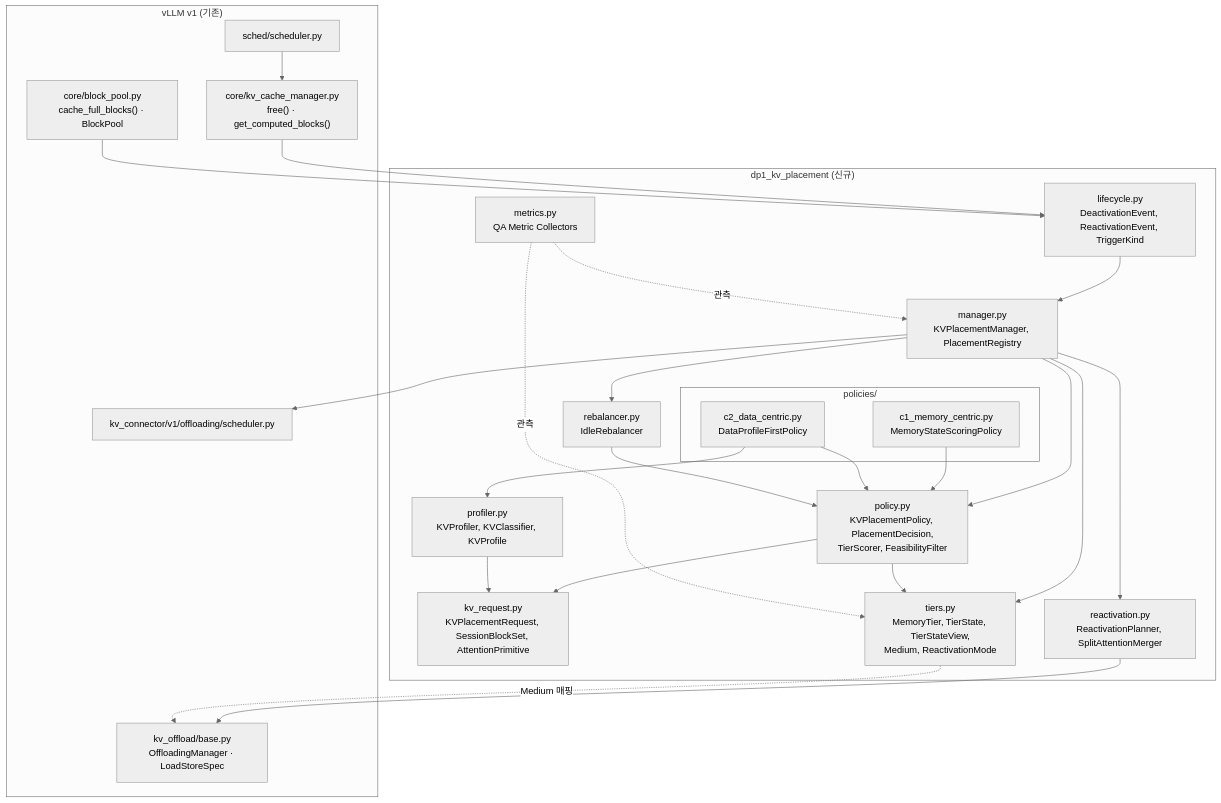
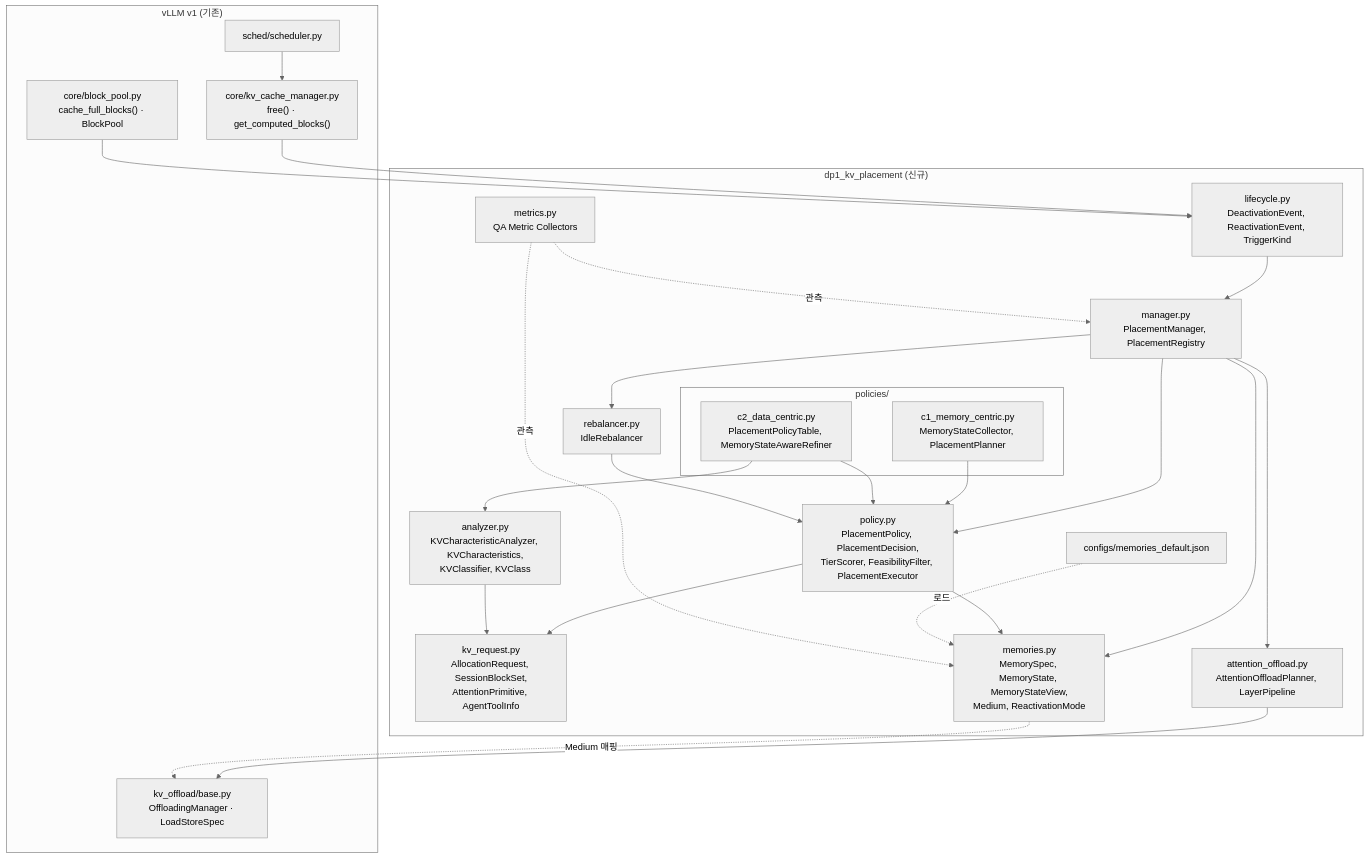
The first of 9 diagrams in doc-architect/dp1-implementation-uml.md (mkim0628/vllm), drawn with Mermaid (neutral theme) before and after one commit. The commit also changed other lines of this file and 2 other files, not shown here.

First line of the commit message:
docs(dp1): fix the memory set, split attention from FFN, name the KV attributes

````diff
--- a/doc-architect/dp1-implementation-uml.md
+++ b/doc-architect/dp1-implementation-uml.md
@@ -22,47 +23,47 @@
 ```mermaid
 graph TB
     subgraph vllm_v1["vLLM v1 (기존)"]
         sched["sched/scheduler.py"]
         kvm["core/kv_cache_manager.py<br/>free() · get_computed_blocks()"]
         bp["core/block_pool.py<br/>cache_full_blocks() · BlockPool"]
-        offsched["kv_connector/v1/offloading/scheduler.py"]
         offbase["kv_offload/base.py<br/>OffloadingManager · LoadStoreSpec"]
     end
 
     subgraph dp1["dp1_kv_placement (신규)"]
         lifecycle["lifecycle.py<br/>DeactivationEvent, ReactivationEvent, TriggerKind"]
-        request["kv_request.py<br/>KVPlacementRequest, SessionBlockSet, AttentionPrimitive"]
-        tiers["tiers.py<br/>MemoryTier, TierState, TierStateView,<br/>Medium, ReactivationMode"]
-        policy["policy.py<br/>KVPlacementPolicy, PlacementDecision,<br/>TierScorer, FeasibilityFilter"]
-        profiler["profiler.py<br/>KVProfiler, KVClassifier, KVProfile"]
-        reactivation["reactivation.py<br/>ReactivationPlanner, SplitAttentionMerger"]
+        request["kv_request.py<br/>AllocationRequest, SessionBlockSet,<br/>AttentionPrimitive, AgentToolInfo"]
+        memories["memories.py<br/>MemorySpec, MemoryState, MemoryStateView,<br/>Medium, ReactivationMode"]
+        policy["policy.py<br/>PlacementPolicy, PlacementDecision,<br/>TierScorer, FeasibilityFilter, PlacementExecutor"]
+        analyzer["analyzer.py<br/>KVCharacteristicAnalyzer, KVCharacteristics,<br/>KVClassifier, KVClass"]
+        offload["attention_offload.py<br/>AttentionOffloadPlanner, LayerPipeline"]
         rebalancer["rebalancer.py<br/>IdleRebalancer"]
-        manager["manager.py<br/>KVPlacementManager, PlacementRegistry"]
+        manager["manager.py<br/>PlacementManager, PlacementRegistry"]
         metrics["metrics.py<br/>QA Metric Collectors"]
+        configs["configs/memories_default.json"]
         subgraph policies["policies/"]
-            c1["c1_memory_centric.py<br/>MemoryStateScoringPolicy"]
-            c2["c2_data_centric.py<br/>DataProfileFirstPolicy"]
+            c1["c1_memory_centric.py<br/>MemoryStateCollector, PlacementPlanner"]
+            c2["c2_data_centric.py<br/>PlacementPolicyTable, MemoryStateAwareRefiner"]
         end
     end
 
     sched --> kvm
     kvm --> lifecycle
     bp --> lifecycle
     lifecycle --> manager
     manager --> policy
-    manager --> tiers
-    manager --> reactivation
+    manager --> memories
+    manager --> offload
     manager --> rebalancer
     policy --> request
-    policy --> tiers
+    policy --> memories
     c1 --> policy
     c2 --> policy
-    c2 --> profiler
-    profiler --> request
+    c2 --> analyzer
+    analyzer --> request
     rebalancer --> policy
-    reactivation --> offbase
-    manager --> offsched
-    tiers -.->|Medium 매핑| offbase
+    offload --> offbase
+    configs -.->|로드| memories
+    memories -.->|Medium 매핑| offbase
     metrics -.->|관측| manager
-    metrics -.->|관측| tiers
+    metrics -.->|관측| memories
 ```
````
